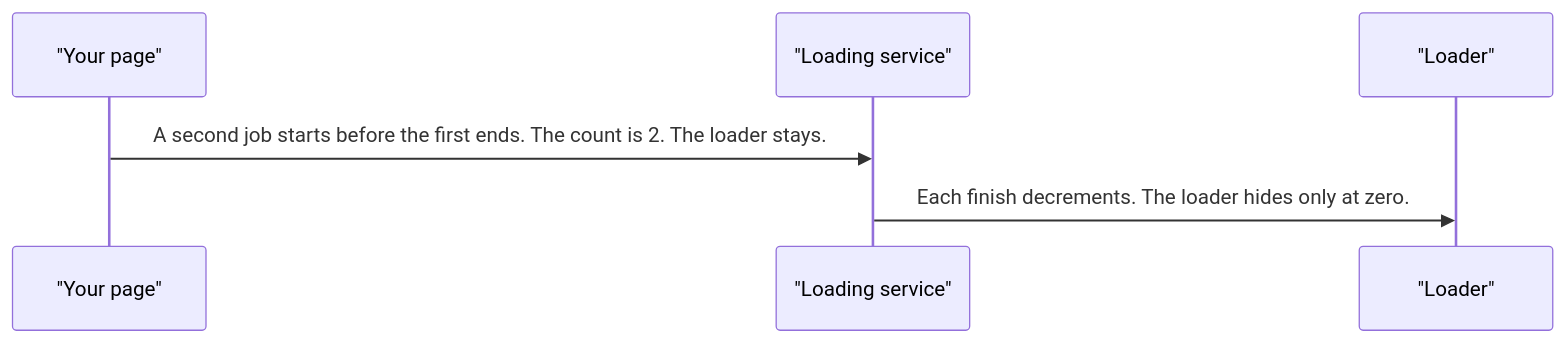
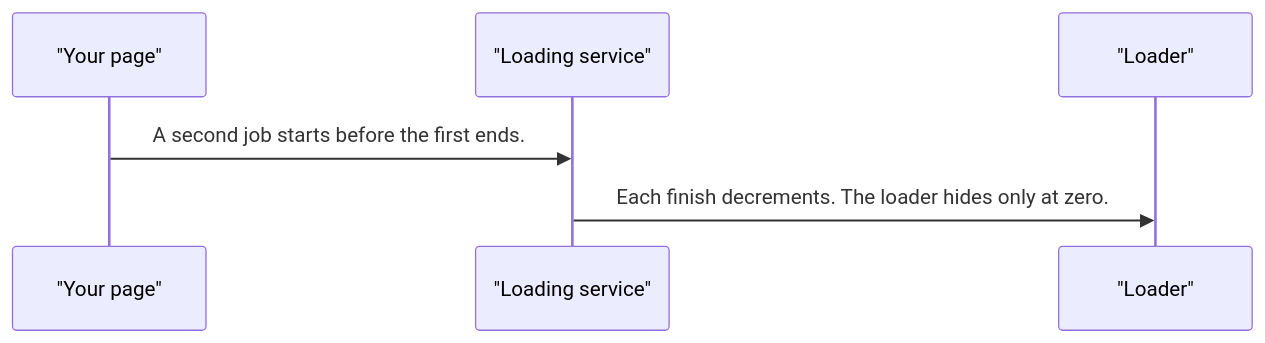
Before and after one commit to RajshekharBorate/pixel-ui: the third of 5 diagrams in projects/pixel-ui/src/lib/pixel-loader/DESIGN.md, drawn with Mermaid. The commit also changed other lines of this file and 80 other files, not shown here.

Commit message:
Fill missing design flows and correct the stories that did not match component behavior.

````diff
--- a/projects/pixel-ui/src/lib/pixel-loader/DESIGN.md
+++ b/projects/pixel-ui/src/lib/pixel-loader/DESIGN.md
@@ -62,8 +69,8 @@
 ```mermaid
 sequenceDiagram
   participant page as "Your page"
   participant service as "Loading service"
   participant loader as "Loader"
-  page->>service: A second job starts before the first ends. The count is 2. The loader stays.
+  page->>service: A second job starts before the first ends.
   service->>loader: Each finish decrements. The loader hides only at zero.
 ```
````
